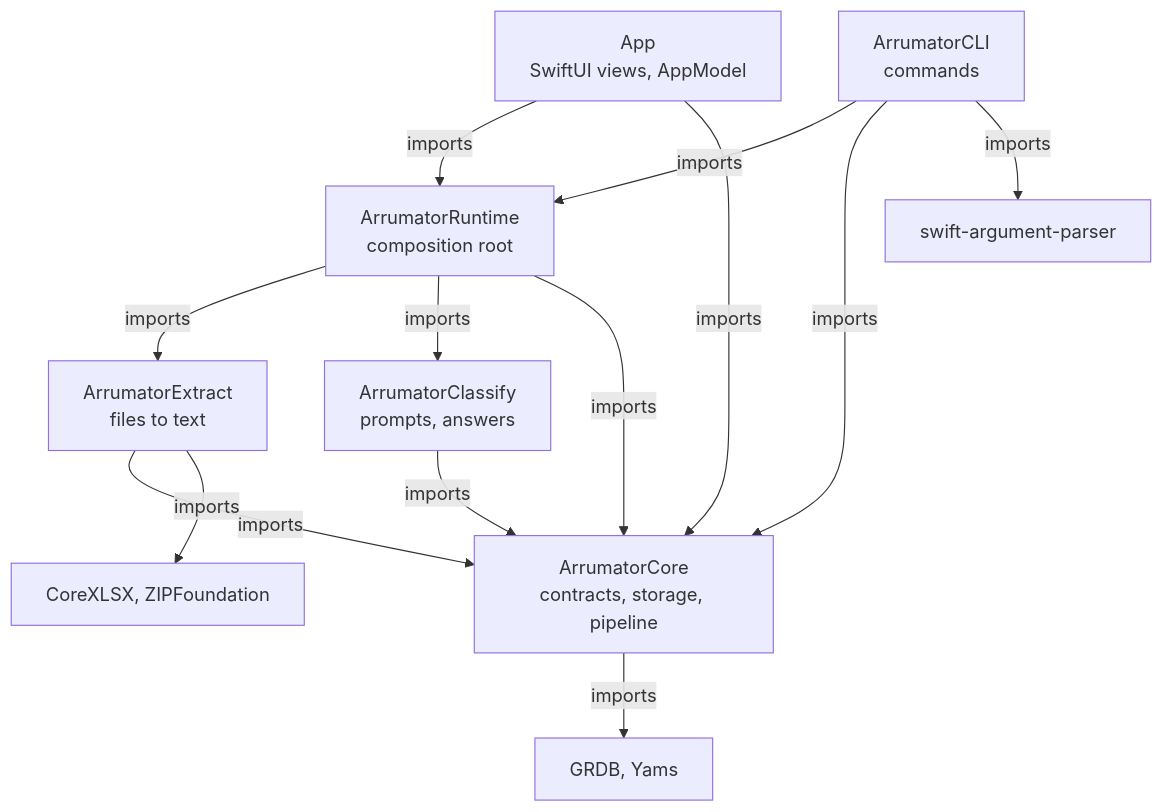
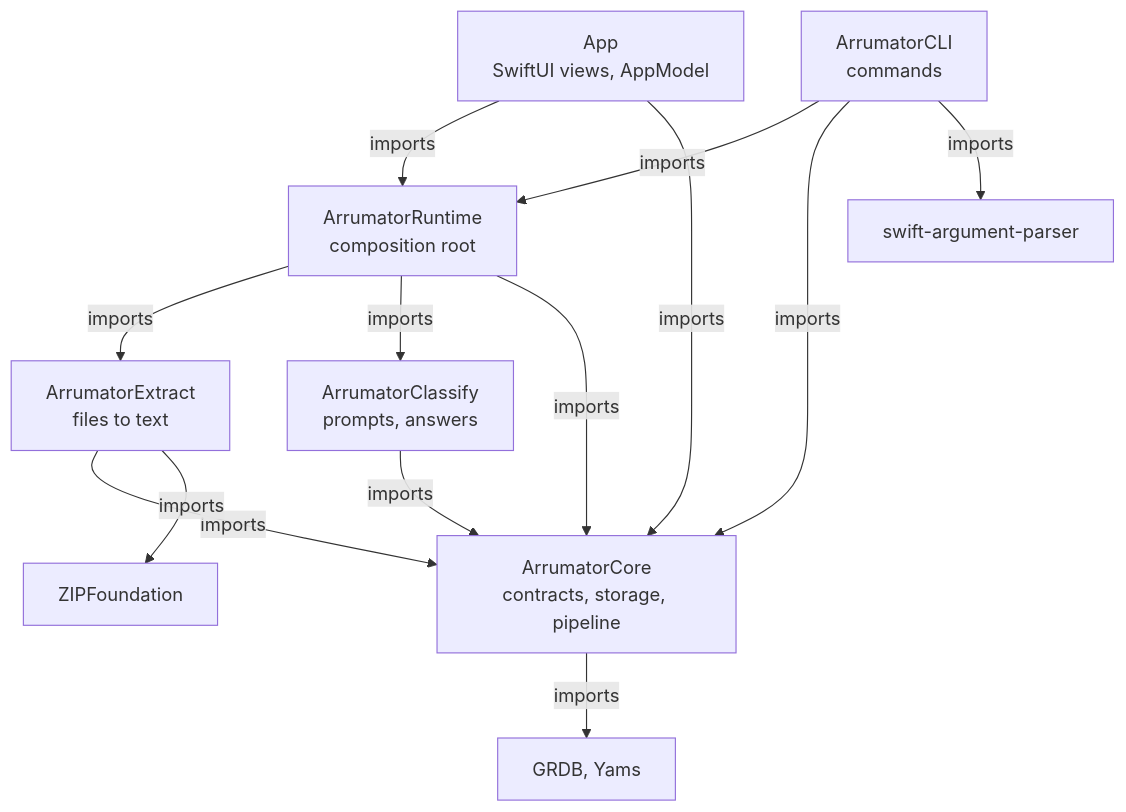
The second of 3 diagrams in docs/architecture.md (hlistan/arrumator), drawn with Mermaid before and after one commit. The commit also changed other lines of this file and 38 other files, not shown here.

````diff
--- a/docs/architecture.md
+++ b/docs/architecture.md
@@ -146,25 +146,25 @@
 ```mermaid
 flowchart TD
     app["App<br/>SwiftUI views, AppModel"]
     cli["ArrumatorCLI<br/>commands"]
     runtime["ArrumatorRuntime<br/>composition root"]
     extract["ArrumatorExtract<br/>files to text"]
     classify["ArrumatorClassify<br/>prompts, answers"]
     core["ArrumatorCore<br/>contracts, storage, pipeline"]
     deps["GRDB, Yams"]
-    xdeps["CoreXLSX, ZIPFoundation"]
+    xdeps["ZIPFoundation"]
     ap["swift-argument-parser"]
 
     app -- imports --> runtime
     app -- imports --> core
     cli -- imports --> runtime
     cli -- imports --> core
     cli -- imports --> ap
     runtime -- imports --> extract
     runtime -- imports --> classify
     runtime -- imports --> core
     extract -- imports --> core
     extract -- imports --> xdeps
     classify -- imports --> core
     core -- imports --> deps
 ```
````
